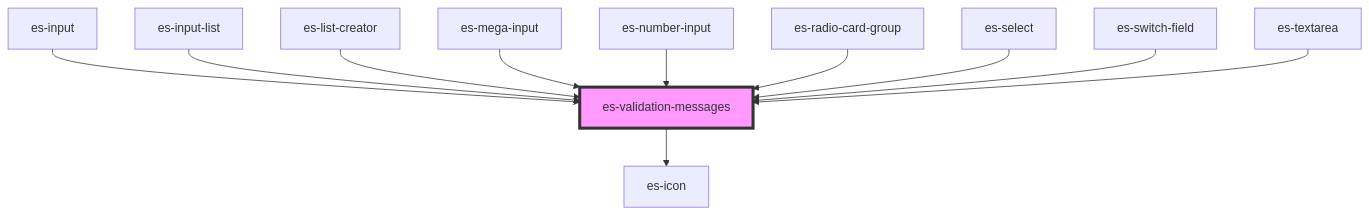
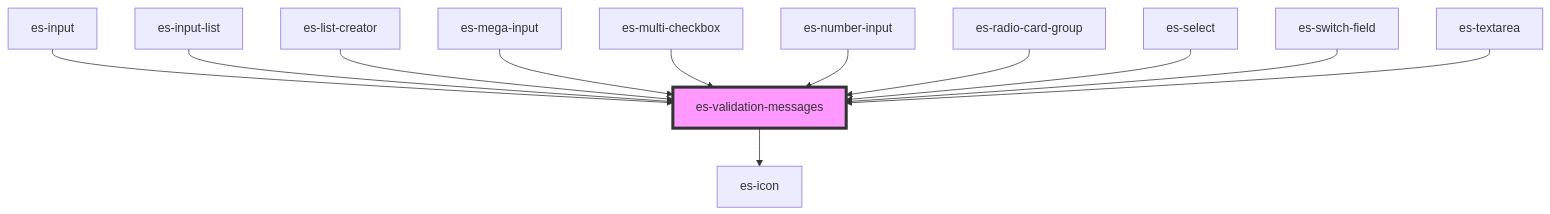
One commit to EventStore/Design-System changed the diagram in packages/fields/src/components/es-validation-messages/readme.md. Above: the diagram before and after it, drawn with Mermaid. The commit also changed other lines of this file and 8 other files, not shown here.

````diff
--- a/packages/fields/src/components/es-validation-messages/readme.md
+++ b/packages/fields/src/components/es-validation-messages/readme.md
@@ -63,14 +64,15 @@
 ```mermaid
 graph TD;
   es-validation-messages --> es-icon
   es-input --> es-validation-messages
   es-input-list --> es-validation-messages
   es-list-creator --> es-validation-messages
   es-mega-input --> es-validation-messages
+  es-multi-checkbox --> es-validation-messages
   es-number-input --> es-validation-messages
   es-radio-card-group --> es-validation-messages
   es-select --> es-validation-messages
   es-switch-field --> es-validation-messages
   es-textarea --> es-validation-messages
   style es-validation-messages fill:#f9f,stroke:#333,stroke-width:4px
 ```
````
